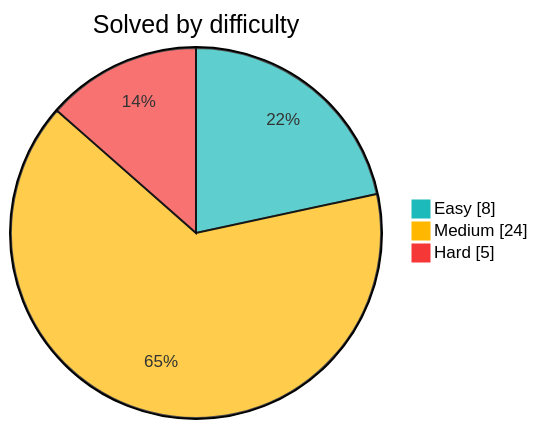
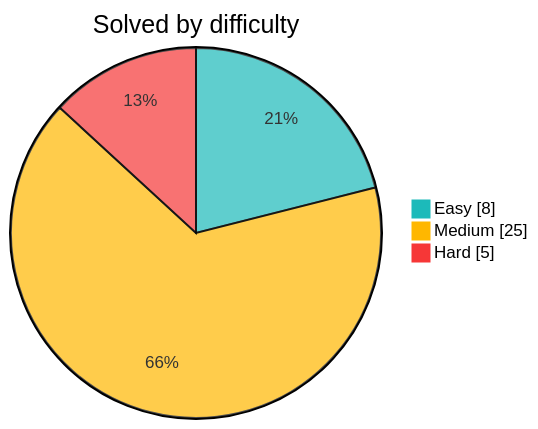
The diagram in README.md (Sekler09/algorithms), drawn with Mermaid before and after one commit. The commit also changed other lines of this file and 3 other files, not shown here.

````diff
--- a/README.md
+++ b/README.md
@@ -9,8 +9,8 @@
 ```mermaid
 %%{init: {"themeVariables": {"pie1": "#1cbaba", "pie2": "#ffb700", "pie3": "#f63737"}}}%%
 pie showData
     title Solved by difficulty
     "Easy" : 8
-    "Medium" : 24
+    "Medium" : 25
     "Hard" : 5
 ```
````
